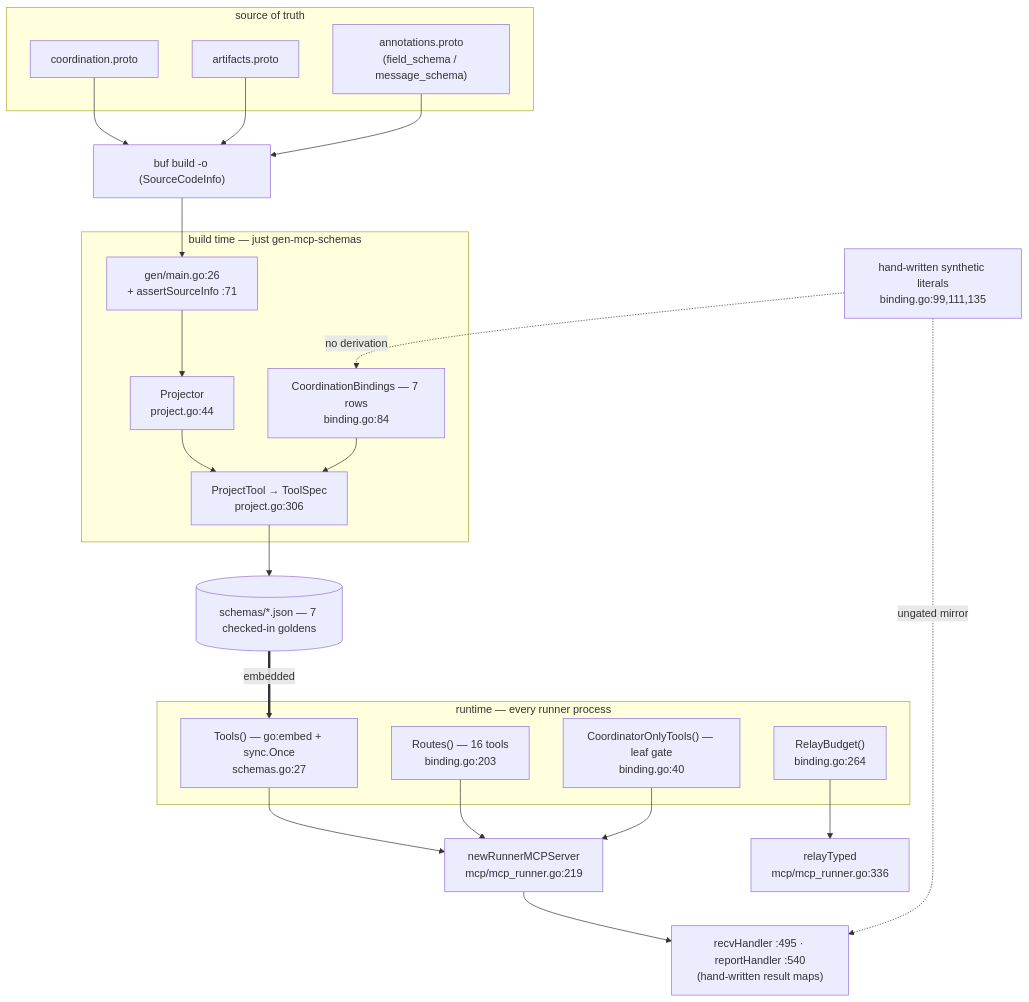
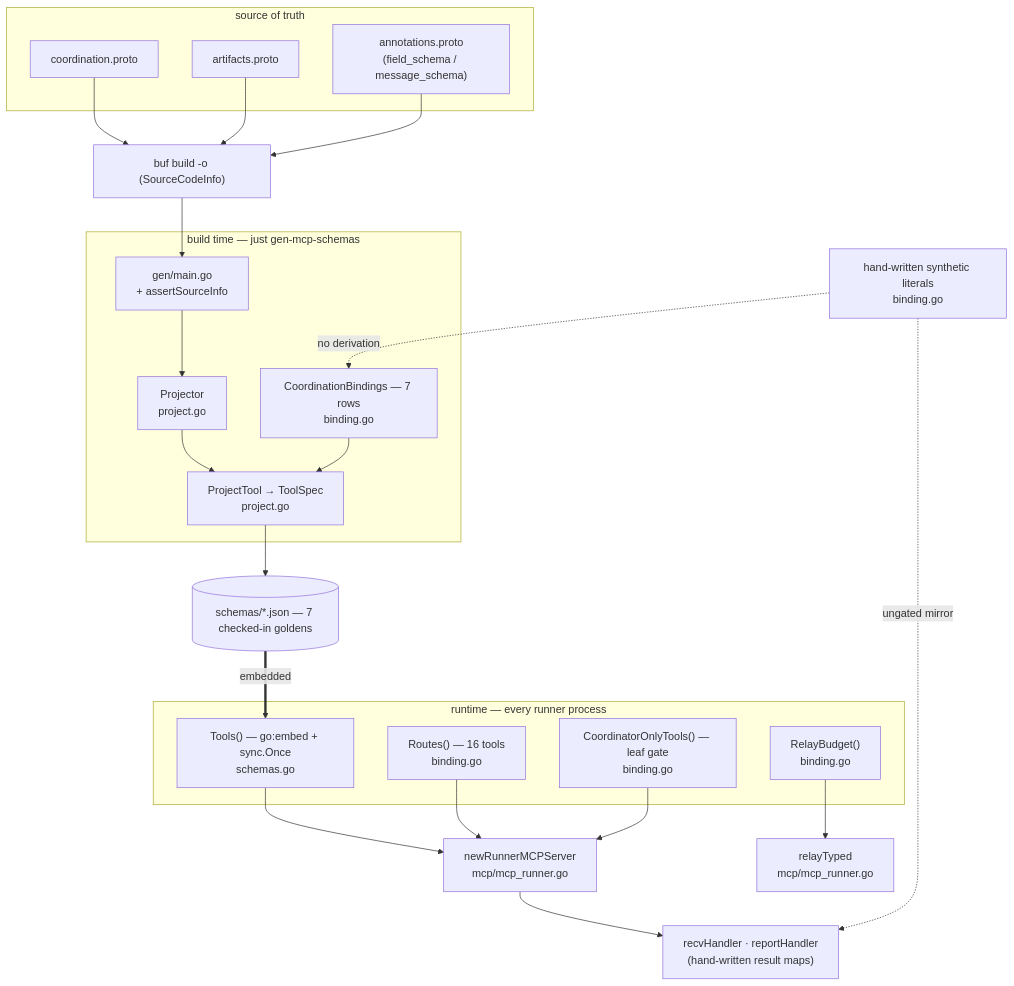
One commit to ctxloom/ctxloom changed the diagram in docs/architecture/agentcoord/mcp-tool-surface.md. Above: the diagram before and after it, drawn with Mermaid. The commit also changed other lines of this file and 9 other files, not shown here.

First line of the commit message:
docs(agentcoord): cite by symbol, not file:line; bus graph names the runner's turn report

````diff
--- a/docs/architecture/agentcoord/mcp-tool-surface.md
+++ b/docs/architecture/agentcoord/mcp-tool-surface.md
@@ -15,31 +15,31 @@
 ```mermaid
 flowchart TD
   subgraph SoT["source of truth"]
     P1["coordination.proto"]
     P2["artifacts.proto"]
     P3["annotations.proto<br/>(field_schema / message_schema)"]
   end
   BUF["buf build -o (SourceCodeInfo)"]
   P1 & P2 & P3 --> BUF
   subgraph GEN["build time — just gen-mcp-schemas"]
-    MAIN["gen/main.go:26<br/>+ assertSourceInfo :71"]
-    PROJ["Projector<br/>project.go:44"]
-    BIND["CoordinationBindings — 7 rows<br/>binding.go:84"]
-    PT["ProjectTool → ToolSpec<br/>project.go:306"]
+    MAIN["gen/main.go<br/>+ assertSourceInfo"]
+    PROJ["Projector<br/>project.go"]
+    BIND["CoordinationBindings — 7 rows<br/>binding.go"]
+    PT["ProjectTool → ToolSpec<br/>project.go"]
   end
   BUF --> MAIN --> PROJ --> PT
   BIND --> PT
   PT --> GOLD[("schemas/*.json — 7 checked-in goldens")]
-  SYN["hand-written synthetic literals<br/>binding.go:99,111,135"] -.->|no derivation| BIND
+  SYN["hand-written synthetic literals<br/>binding.go"] -.->|no derivation| BIND
   subgraph RT["runtime — every runner process"]
-    TOOLS["Tools() — go:embed + sync.Once<br/>schemas.go:27"]
-    ROUTES["Routes() — 16 tools<br/>binding.go:203"]
-    COO["CoordinatorOnlyTools() — leaf gate<br/>binding.go:40"]
-    RB["RelayBudget()<br/>binding.go:264"]
+    TOOLS["Tools() — go:embed + sync.Once<br/>schemas.go"]
+    ROUTES["Routes() — 16 tools<br/>binding.go"]
+    COO["CoordinatorOnlyTools() — leaf gate<br/>binding.go"]
+    RB["RelayBudget()<br/>binding.go"]
   end
   GOLD ==>|embedded| TOOLS
-  TOOLS & ROUTES & COO --> RUNNER["newRunnerMCPServer<br/>mcp/mcp_runner.go:219"]
-  RB --> RELAY["relayTyped<br/>mcp/mcp_runner.go:336"]
-  RUNNER --> HANDLERS["recvHandler :495 · reportHandler :540<br/>(hand-written result maps)"]
+  TOOLS & ROUTES & COO --> RUNNER["newRunnerMCPServer<br/>mcp/mcp_runner.go"]
+  RB --> RELAY["relayTyped<br/>mcp/mcp_runner.go"]
+  RUNNER --> HANDLERS["recvHandler · reportHandler<br/>(hand-written result maps)"]
   SYN -.->|ungated mirror| HANDLERS
 ```
````
